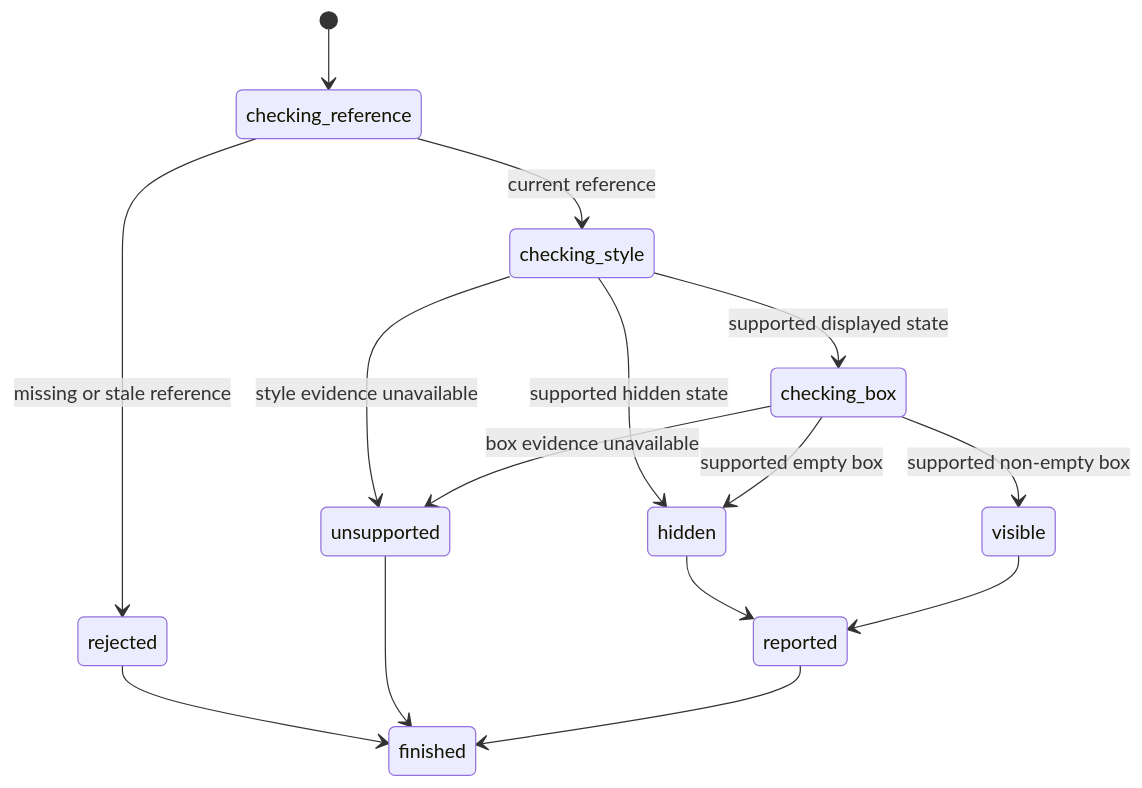
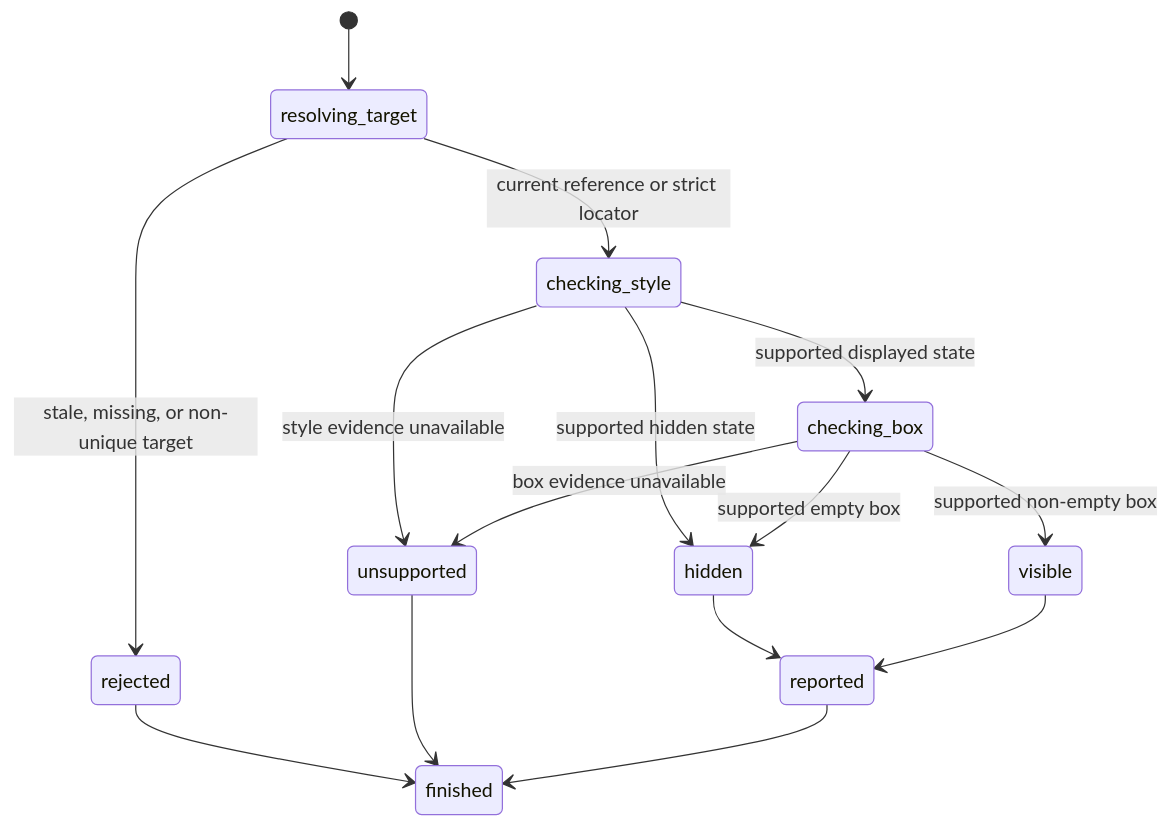
The diagram in inspection/read-visible.md (thoriqakbar0/browser.jr), drawn with Mermaid before and after one commit. The commit also changed other lines of this file and 45 other files, not shown here.

````diff
--- a/inspection/read-visible.md
+++ b/inspection/read-visible.md
@@ -23,17 +23,17 @@
 ```mermaid
 stateDiagram-v2
-    [*] --> checking_reference
-    checking_reference --> rejected : missing or stale reference
-    checking_reference --> checking_style : current reference
+    [*] --> resolving_target
+    resolving_target --> rejected : stale, missing, or non-unique target
+    resolving_target --> checking_style : current reference or strict locator
     checking_style --> unsupported : style evidence unavailable
     checking_style --> hidden : supported hidden state
     checking_style --> checking_box : supported displayed state
     checking_box --> unsupported : box evidence unavailable
     checking_box --> hidden : supported empty box
     checking_box --> visible : supported non-empty box
     rejected --> finished
     unsupported --> finished
     hidden --> reported
     visible --> reported
     reported --> finished
 ```
````
